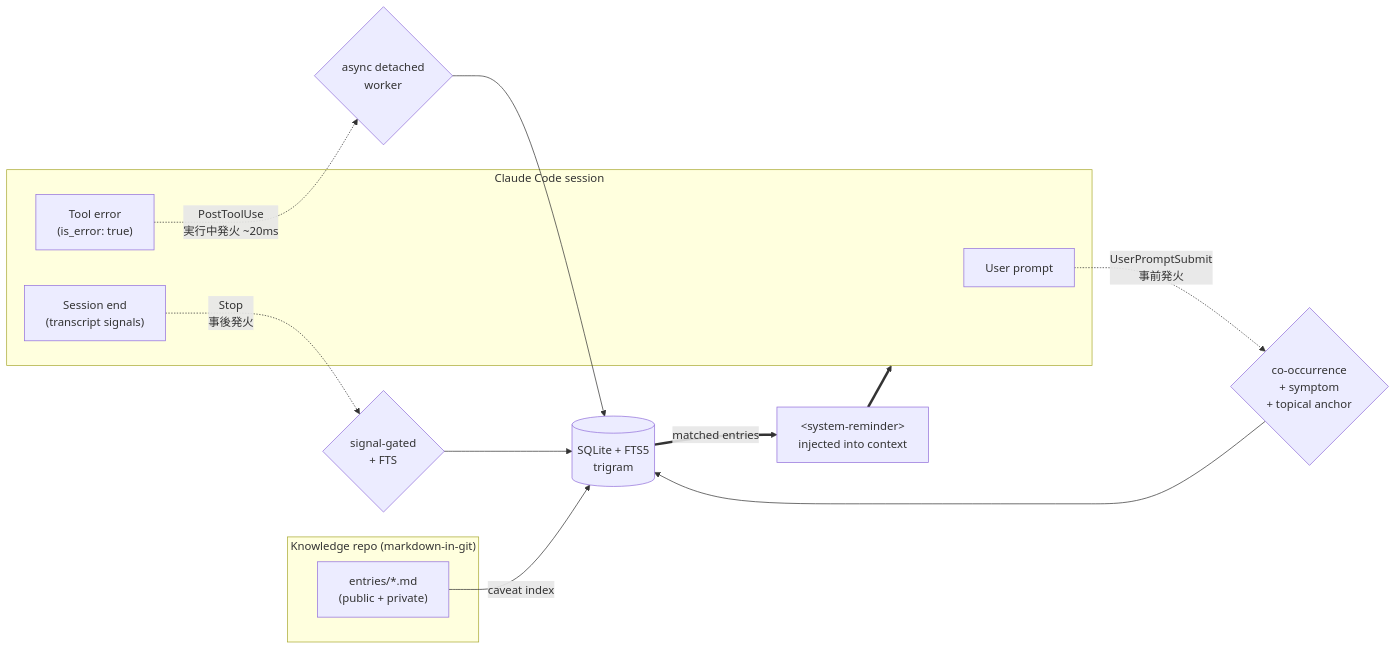
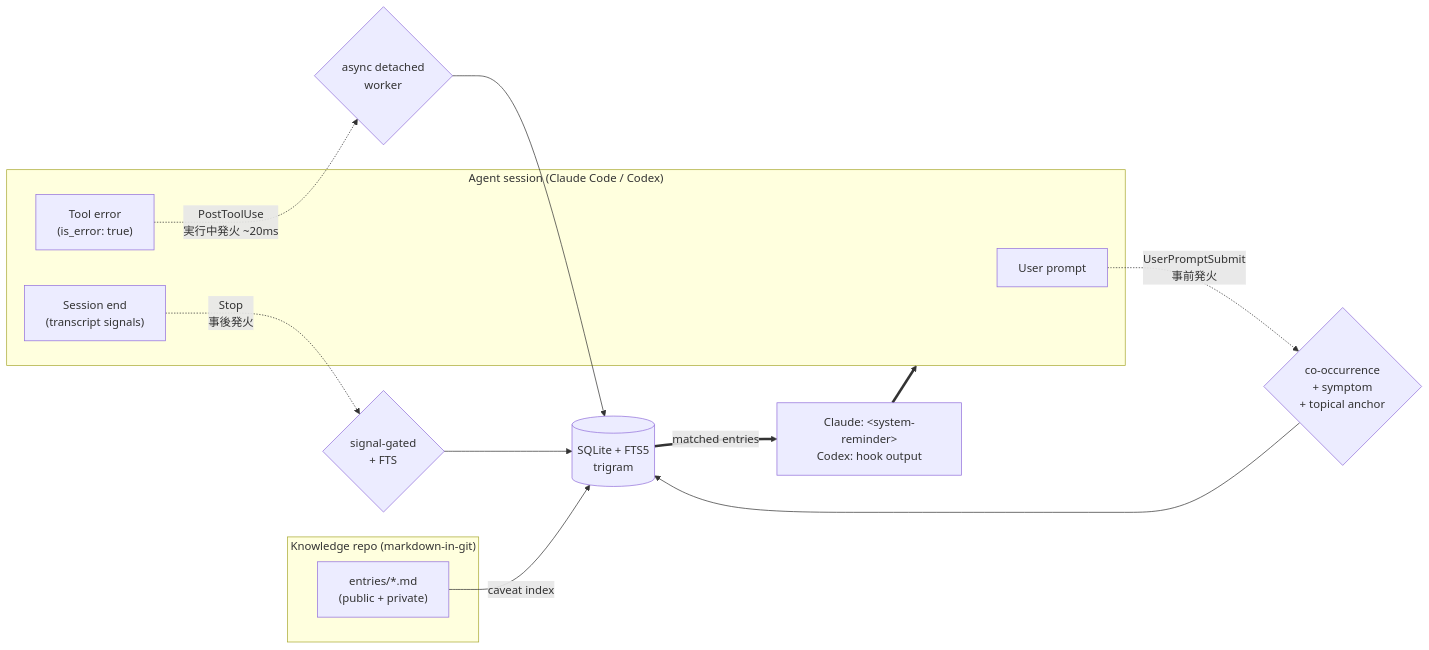
One commit to kitepon-rgb/Caveat changed the diagram in README.md. Above: the diagram before and after it, drawn with Mermaid. The commit also changed other lines of this file and 3 other files, not shown here.

Commit message:
Present Caveat as Claude and Codex ready

````diff
--- a/README.md
+++ b/README.md
@@ -70,25 +71,25 @@
 ```mermaid
 flowchart LR
     subgraph KB["Knowledge repo (markdown-in-git)"]
         MD["entries/*.md<br/>(public + private)"]
     end
 
     MD -->|caveat index| FTS[("SQLite + FTS5<br/>trigram")]
 
-    subgraph CC["Claude Code session"]
+    subgraph AG["Agent session (Claude Code / Codex)"]
         P["User prompt"]
         T["Tool error<br/>(is_error: true)"]
         S["Session end<br/>(transcript signals)"]
     end
 
     P -.->|"UserPromptSubmit<br/>事前発火"| H1{"co-occurrence<br/>+ symptom<br/>+ topical anchor"}
     T -.->|"PostToolUse<br/>実行中発火 ~20ms"| H2{"async detached<br/>worker"}
     S -.->|"Stop<br/>事後発火"| H3{"signal-gated<br/>+ FTS"}
 
     H1 --> FTS
     H2 --> FTS
     H3 --> FTS
 
-    FTS ==>|matched entries| R["&lt;system-reminder&gt;<br/>injected into context"]
-    R ==> CC
+    FTS ==>|matched entries| R["Claude: &lt;system-reminder&gt;<br/>Codex: hook output"]
+    R ==> AG
 ```
````
